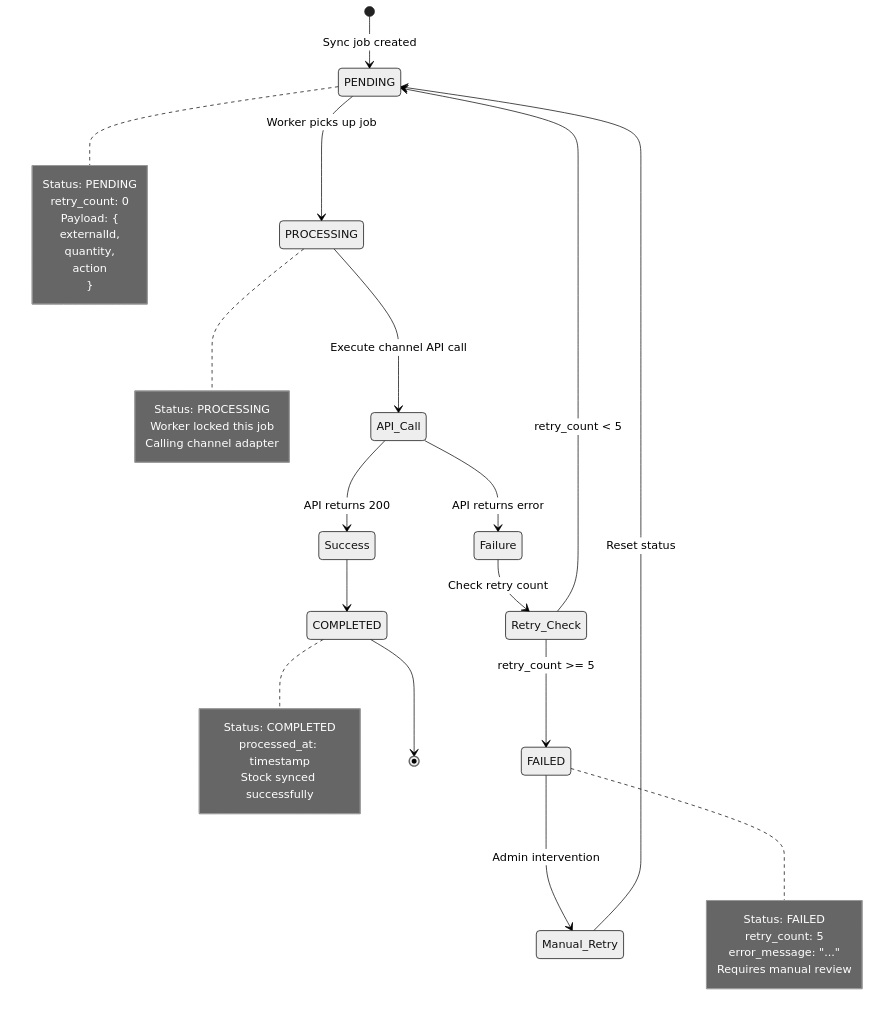
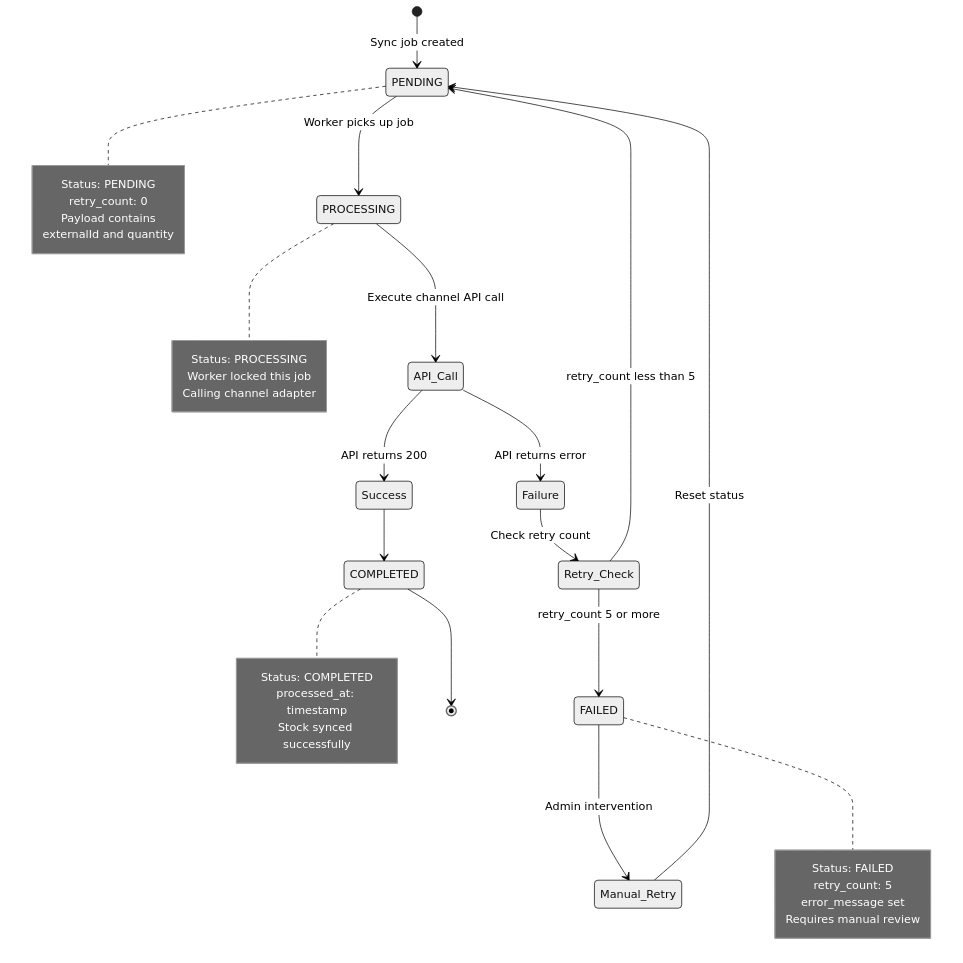
One commit to cesargasca/sales-channel-connector changed the sixth of 10 diagrams in architecture-diagrams.md. Above: the diagram before and after it, drawn with Mermaid (neutral theme). The commit also changed other lines of this file, not shown here.

First line of the commit message:
Updates architecture diagrams for clarity

````diff
--- a/architecture-diagrams.md
+++ b/architecture-diagrams.md
@@ -562,51 +555,48 @@
 ```mermaid
 stateDiagram-v2
     [*] --> PENDING: Sync job created
     
     PENDING --> PROCESSING: Worker picks up job
     
     PROCESSING --> API_Call: Execute channel API call
     
     API_Call --> Success: API returns 200
     API_Call --> Failure: API returns error
     
     Success --> COMPLETED
     
     Failure --> Retry_Check: Check retry count
     
-    Retry_Check --> PENDING: retry_count < 5
-    Retry_Check --> FAILED: retry_count >= 5
+    Retry_Check --> PENDING: retry_count less than 5
+    Retry_Check --> FAILED: retry_count 5 or more
     
     COMPLETED --> [*]
     FAILED --> Manual_Retry: Admin intervention
     Manual_Retry --> PENDING: Reset status
     
     note right of PENDING
         Status: PENDING
         retry_count: 0
-        Payload: {
-            externalId,
-            quantity,
-            action
-        }
+        Payload contains
+        externalId and quantity
     end note
     
     note right of PROCESSING
         Status: PROCESSING
         Worker locked this job
         Calling channel adapter
     end note
     
     note right of COMPLETED
         Status: COMPLETED
         processed_at: timestamp
         Stock synced successfully
     end note
     
     note right of FAILED
         Status: FAILED
         retry_count: 5
-        error_message: "..."
+        error_message set
         Requires manual review
     end note
 ```
````
